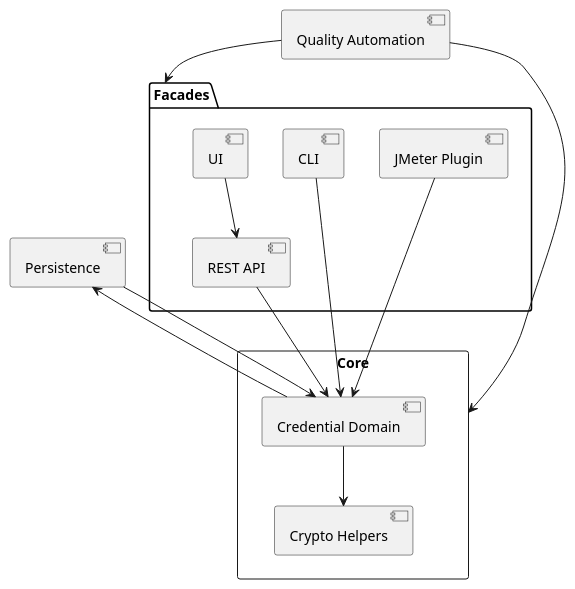
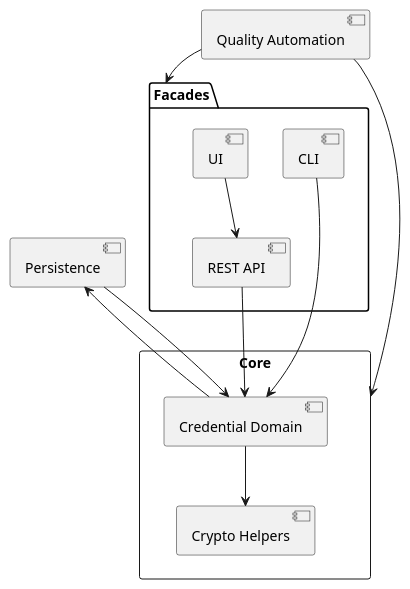
The diagram in docs/4-architecture/knowledge-map.md (ivanstambuk/openauth-sim), drawn with PlantUML before and after one commit. The commit also changed other lines of this file and 3 other files, not shown here.

````diff
--- a/docs/4-architecture/knowledge-map.md
+++ b/docs/4-architecture/knowledge-map.md
@@ -44,31 +43,29 @@
 ```plantuml
 @startuml ArchitectureKnowledgeMap
 skinparam backgroundColor #ffffff
 
 rectangle Core {
   component "Credential Domain" as CredentialDomain
   component "Crypto Helpers" as CryptoHelpers
 }
 
 package "Facades" {
   component CLI
   component "REST API" as RestAPI
   component UI
-  component "JMeter Plugin" as JMeter
 }
 
 component "Persistence" as Persistence
 component "Quality Automation" as Quality
 
 CredentialDomain --> CryptoHelpers
 CLI --> CredentialDomain
 RestAPI --> CredentialDomain
 UI --> RestAPI
-JMeter --> CredentialDomain
 Persistence --> CredentialDomain
 CredentialDomain --> Persistence
 Quality --> Core
 Quality --> Facades
 
 @enduml
 ```
````
